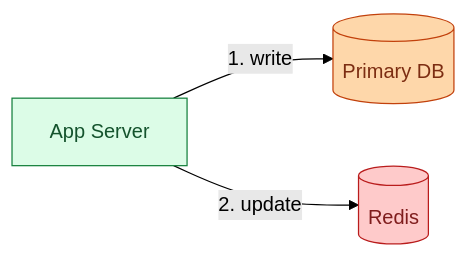
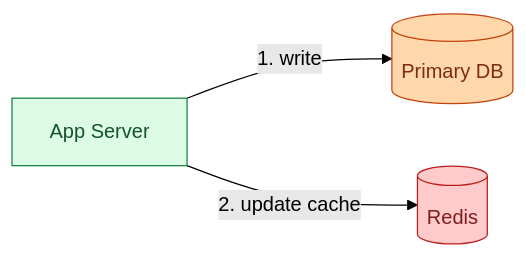
Before and after one commit to shiningflash/shiningflash.github.io: diagram 15 of 23 in _practice/system-design/017-read-heavy-patterns.md, drawn with Mermaid (forest theme). The commit also changed other lines of this file and 18 other files, not shown here.

````diff
--- a/_practice/system-design/017-read-heavy-patterns.md
+++ b/_practice/system-design/017-read-heavy-patterns.md
@@ -624,9 +566,9 @@
 ```mermaid
 flowchart LR
     App["App Server"]:::app -->|"1. write"| DB[("Primary DB")]:::db
-    App -->|"2. update"| Redis[("Redis")]:::cache
+    App -->|"2. update cache"| Redis[("Redis")]:::cache
 
     classDef app fill:#dcfce7,stroke:#15803d,color:#14532d
     classDef cache fill:#fecaca,stroke:#b91c1c,color:#7f1d1d
     classDef db fill:#fed7aa,stroke:#c2410c,color:#7c2d12
 ```
````
